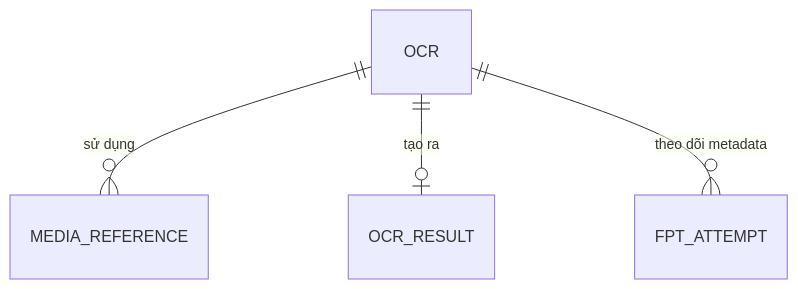
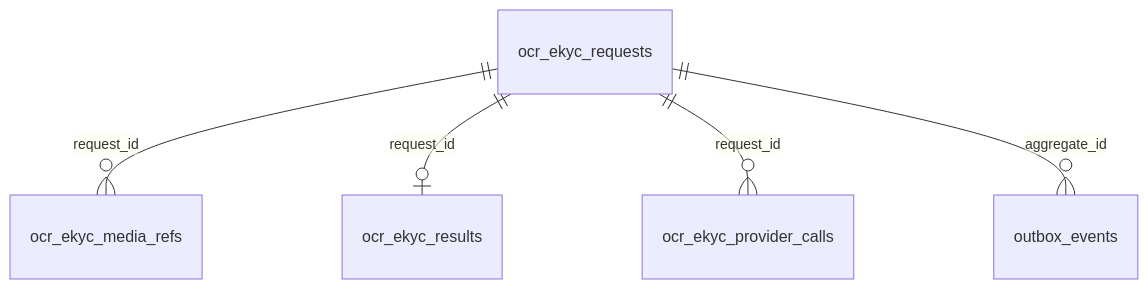
The fifth of 12 diagrams in tdd-ocr-ekyc.md (huynv-xyz/vhm), drawn with Mermaid before and after one commit. The commit also changed other lines of this file, not shown here.

````diff
--- a/tdd-ocr-ekyc.md
+++ b/tdd-ocr-ekyc.md
@@ -745,6 +746,7 @@
 ```mermaid
 erDiagram
-    OCR ||--o{ MEDIA_REFERENCE : "sử dụng"
-    OCR ||--o| OCR_RESULT : "tạo ra"
-    OCR ||--o{ FPT_ATTEMPT : "theo dõi metadata"
+    ocr_ekyc_requests ||--o{ ocr_ekyc_media_refs : "request_id"
+    ocr_ekyc_requests ||--o| ocr_ekyc_results : "request_id"
+    ocr_ekyc_requests ||--o{ ocr_ekyc_provider_calls : "request_id"
+    ocr_ekyc_requests ||--o{ outbox_events : "aggregate_id"
 ```
````
